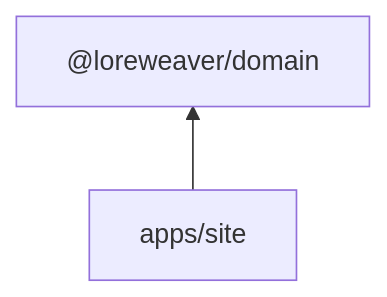
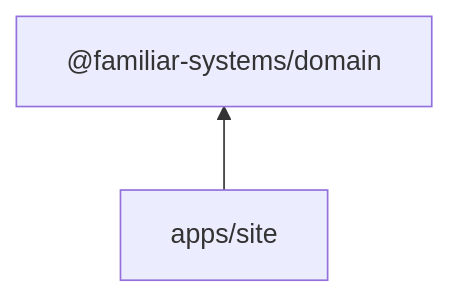
The diagram in docs/plans/2026-02-20-public-site-design.md (familiar-systems/familiar), drawn with Mermaid before and after one commit. The commit also changed other lines of this file and 53 other files, not shown here.

Commit message:
Rename packages and docstrings to familiar.systems from loreweaver.no

````diff
--- a/docs/plans/2026-02-20-public-site-design.md
+++ b/docs/plans/2026-02-20-public-site-design.md
@@ -128,5 +128,5 @@
 ```mermaid
 graph BT
-    domain["@loreweaver/domain"]
+    domain["@familiar-systems/domain"]
     site["apps/site"] --> domain
 ```
````
